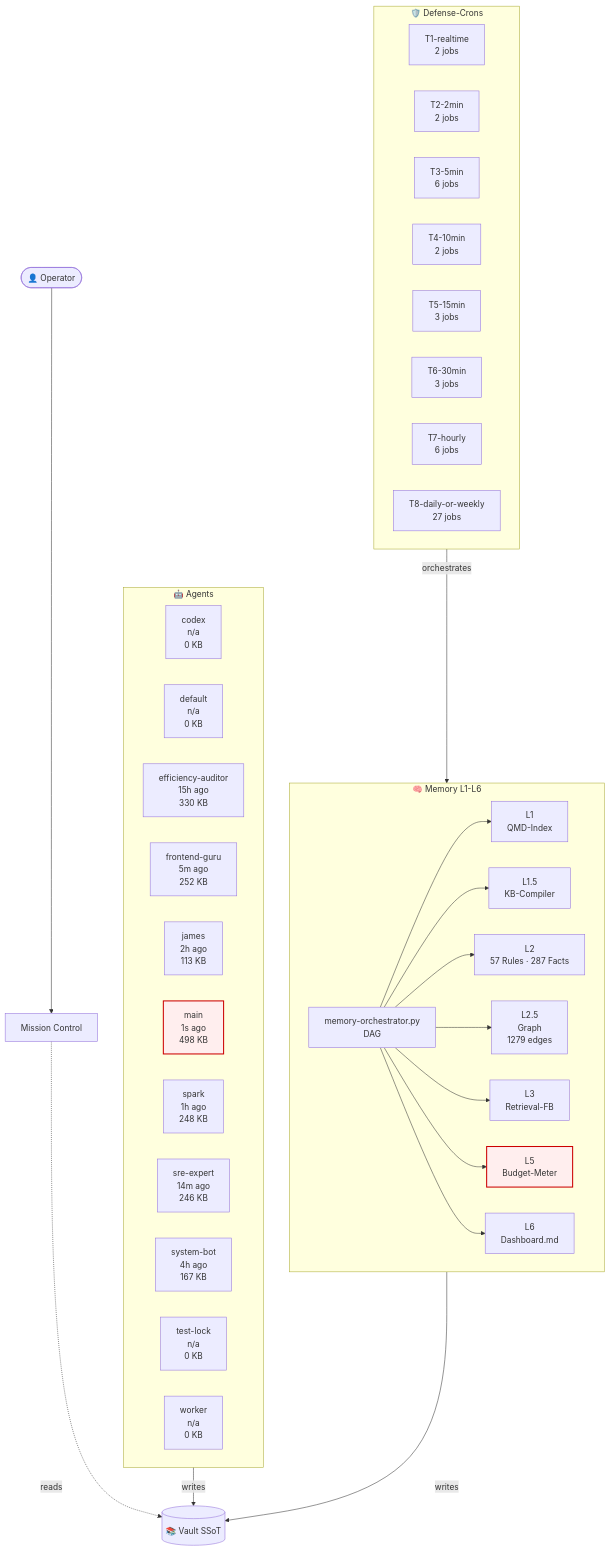
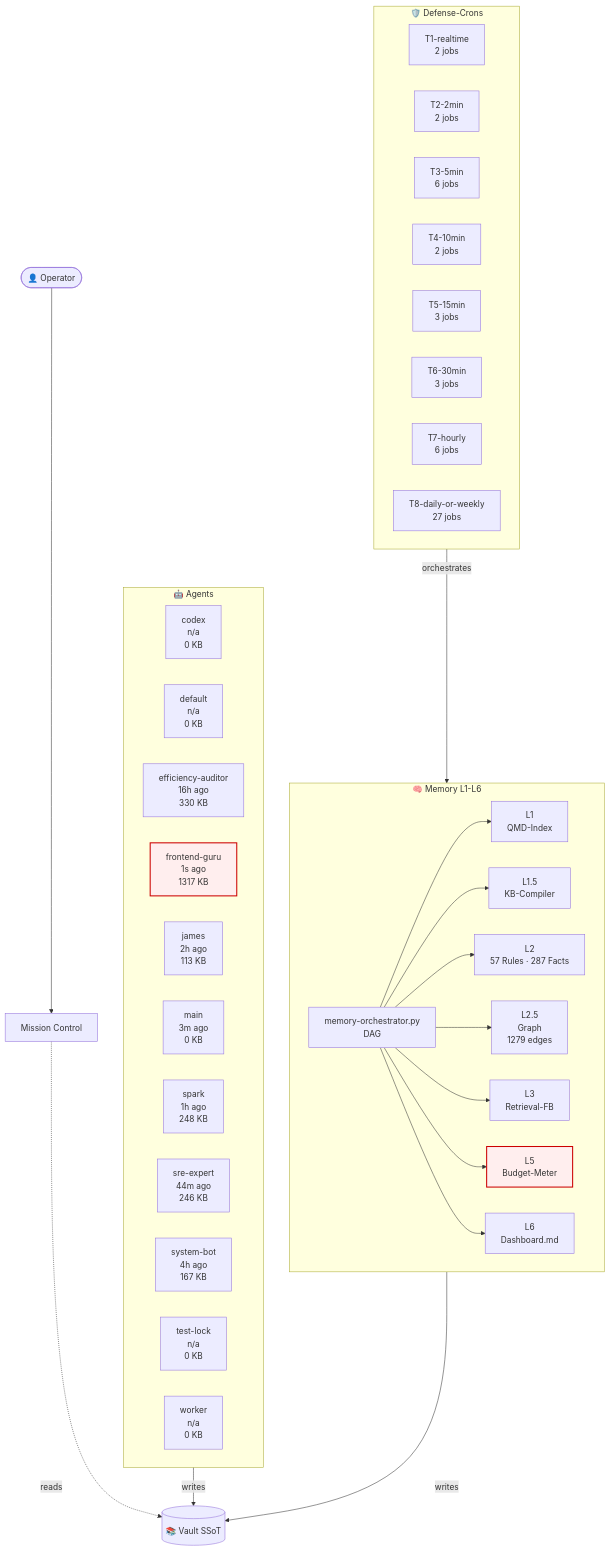
The diagram in 03-Agents/architecture-live.md (lenardhuebner88-rgb/openclaw-memory), drawn with Mermaid before and after one commit. The commit also changed other lines of this file and 4 other files, not shown here.

````diff
--- a/03-Agents/architecture-live.md
+++ b/03-Agents/architecture-live.md
@@ -18,54 +18,54 @@
 ```mermaid
 flowchart TB
     classDef critical fill:#fee,stroke:#c00,stroke-width:2px;
     subgraph AGT["🤖 Agents"]
         agent_codex["codex<br/>n/a<br/>0 KB"]
         agent_default["default<br/>n/a<br/>0 KB"]
-        agent_efficiency_auditor["efficiency-auditor<br/>15h ago<br/>330 KB"]
-        agent_frontend_guru["frontend-guru<br/>5m ago<br/>252 KB"]
+        agent_efficiency_auditor["efficiency-auditor<br/>16h ago<br/>330 KB"]
+        agent_frontend_guru["frontend-guru<br/>1s ago<br/>1317 KB"]
         agent_james["james<br/>2h ago<br/>113 KB"]
-        agent_main["main<br/>1s ago<br/>498 KB"]
+        agent_main["main<br/>3m ago<br/>0 KB"]
         agent_spark["spark<br/>1h ago<br/>248 KB"]
-        agent_sre_expert["sre-expert<br/>14m ago<br/>246 KB"]
+        agent_sre_expert["sre-expert<br/>44m ago<br/>246 KB"]
         agent_system_bot["system-bot<br/>4h ago<br/>167 KB"]
         agent_test_lock["test-lock<br/>n/a<br/>0 KB"]
         agent_worker["worker<br/>n/a<br/>0 KB"]
     end
     subgraph MEM["🧠 Memory L1-L6"]
         L1["L1<br/>QMD-Index"]
         L15["L1.5<br/>KB-Compiler"]
         L2["L2<br/>57 Rules · 287 Facts"]
         L25["L2.5<br/>Graph<br/>1279 edges"]
         L3["L3<br/>Retrieval-FB"]
         L5["L5<br/>Budget-Meter"]
         L6["L6<br/>Dashboard.md"]
         ORCH["memory-orchestrator.py<br/>DAG"]
     end
     subgraph CRN["🛡️ Defense-Crons"]
         tier_T1_realtime["T1-realtime<br/>2 jobs"]
         tier_T2_2min["T2-2min<br/>2 jobs"]
         tier_T3_5min["T3-5min<br/>6 jobs"]
         tier_T4_10min["T4-10min<br/>2 jobs"]
         tier_T5_15min["T5-15min<br/>3 jobs"]
         tier_T6_30min["T6-30min<br/>3 jobs"]
         tier_T7_hourly["T7-hourly<br/>6 jobs"]
         tier_T8_daily_or_weekly["T8-daily-or-weekly<br/>27 jobs"]
     end
     VAULT[("📚 Vault SSoT")]
     OP([👤 Operator])
     MC["Mission Control"]
     OP --> MC
     MC -.reads.-> VAULT
     AGT -->|writes| VAULT
     MEM -->|writes| VAULT
     ORCH --> L1
     ORCH --> L15
     ORCH --> L2
     ORCH --> L25
     ORCH --> L3
     ORCH --> L5
     ORCH --> L6
     CRN -->|orchestrates| MEM
     class L5 critical
-    class agent_main critical
+    class agent_frontend_guru critical
 ```
````
